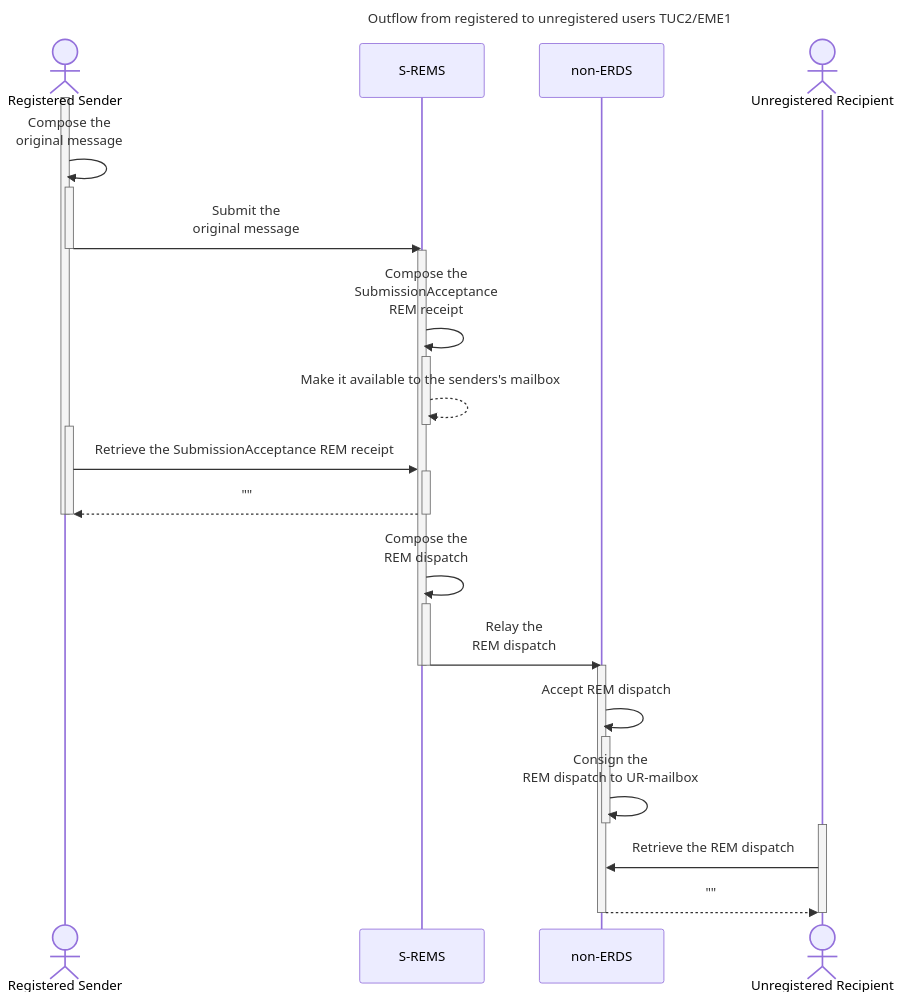
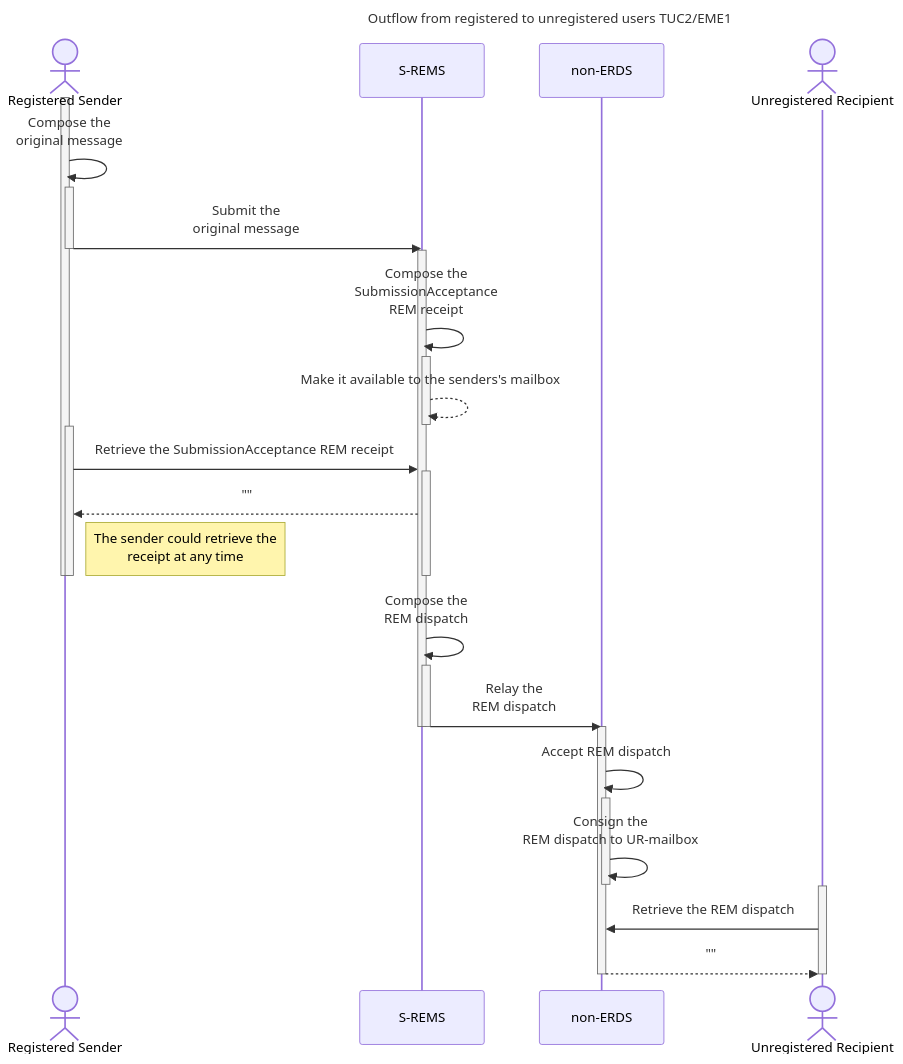
Before and after one commit to ioggstream/erds-pec-study: the first of 3 diagrams in 01-flussi.md, drawn with Mermaid. The commit also changed other lines of this file and 287 other files, not shown here.

````diff
--- a/01-flussi.md
+++ b/01-flussi.md
@@ -14,48 +17,49 @@
 ```mermaid
 ---
 title: Outflow from registered to unregistered users TUC2/EME1
 ---
 sequenceDiagram
     %% Actors
     actor A as Registered Sender
     participant S as S-REMS
     participant E as non-ERDS
     actor B as Unregistered Recipient
 
     %% Sender to S-REMS
     activate A
     A->>A: Compose the <br> original message
     activate A
     A->>S: Submit the <br> original message
     deactivate A
     activate S
     S->>S: Compose the<br>SubmissionAcceptance<br>REM receipt
     activate S
     S-->>S: Make it available to the senders's mailbox
     deactivate S
     activate A
     A->>S: Retrieve the SubmissionAcceptance REM receipt
     activate S
     S-->>A: ""
+    note right of A: The sender could retrieve the <br> receipt at any time
     deactivate S
     deactivate A
     deactivate A
 
     %% S-REMS to non-ERDS
     S->>S: Compose the <br> REM dispatch
     activate S
     S->>E: Relay the <br> REM dispatch
     deactivate S
     deactivate S
     activate E
     E->>E: Accept REM dispatch
     activate E
     E->>E: Consign the <br> REM dispatch to UR-mailbox
     deactivate E
     activate B
     B->>E: Retrieve the REM dispatch
     E-->>B: ""
     deactivate B
     deactivate E
 
 ```
````
